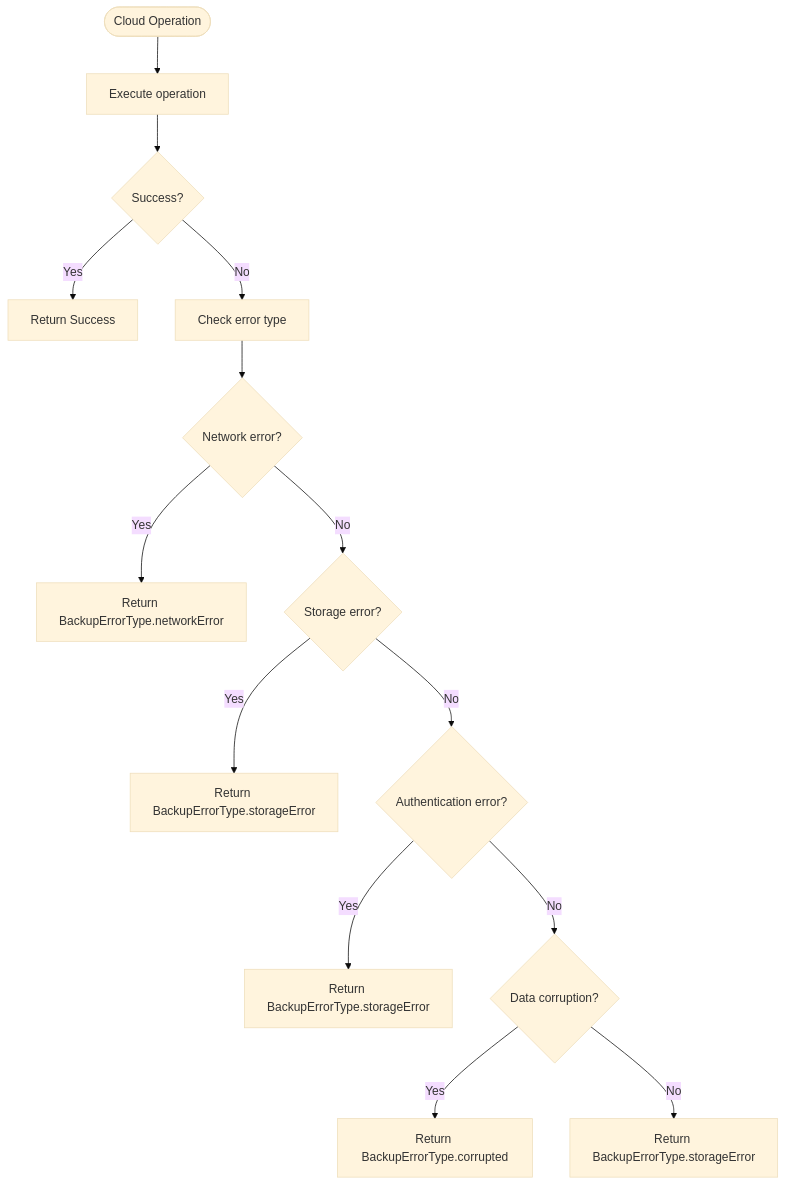
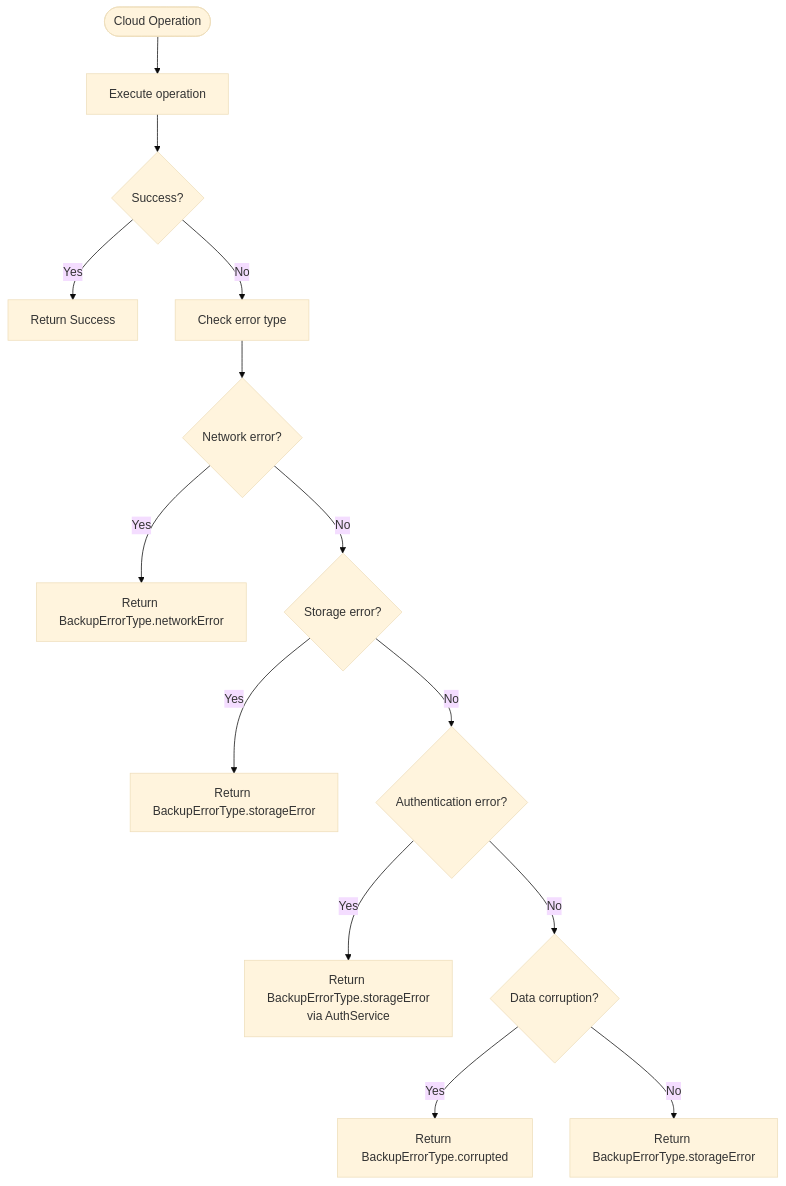
Before and after one commit to JAaron93/StyleSync: the ninth of 13 diagrams in .qoder/repowiki/en/content/Core Services/BYOK Manager/Cloud Backup Integration.md, drawn with Mermaid (base theme). The commit also changed other lines of this file and 36 other files, not shown here.

````diff
--- a/.qoder/repowiki/en/content/Core Services/BYOK Manager/Cloud Backup Integration.md
+++ b/.qoder/repowiki/en/content/Core Services/BYOK Manager/Cloud Backup Integration.md
@@ -308,16 +386,16 @@
 ```mermaid
 flowchart TD
 Operation([Cloud Operation]) --> TryOp["Execute operation"]
 TryOp --> Success{"Success?"}
 Success --> |Yes| ReturnSuccess["Return Success"]
 Success --> |No| CheckError["Check error type"]
 CheckError --> NetworkError{"Network error?"}
 NetworkError --> |Yes| ReturnNetwork["Return BackupErrorType.networkError"]
 NetworkError --> |No| CheckStorage{"Storage error?"}
 CheckStorage --> |Yes| ReturnStorage["Return BackupErrorType.storageError"]
 CheckStorage --> |No| CheckAuth{"Authentication error?"}
-CheckAuth --> |Yes| ReturnAuth["Return BackupErrorType.storageError"]
+CheckAuth --> |Yes| ReturnAuth["Return BackupErrorType.storageError<br/>via AuthService"]
 CheckAuth --> |No| CheckCorrupt{"Data corruption?"}
 CheckCorrupt --> |Yes| ReturnCorrupt["Return BackupErrorType.corrupted"]
 CheckCorrupt --> |No| ReturnOther["Return BackupErrorType.storageError"]
 ```
````
